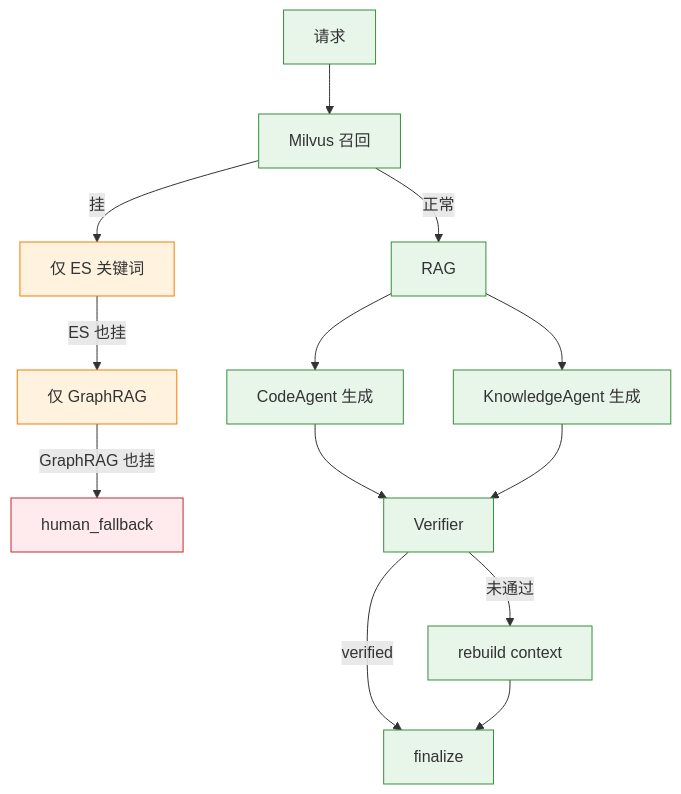
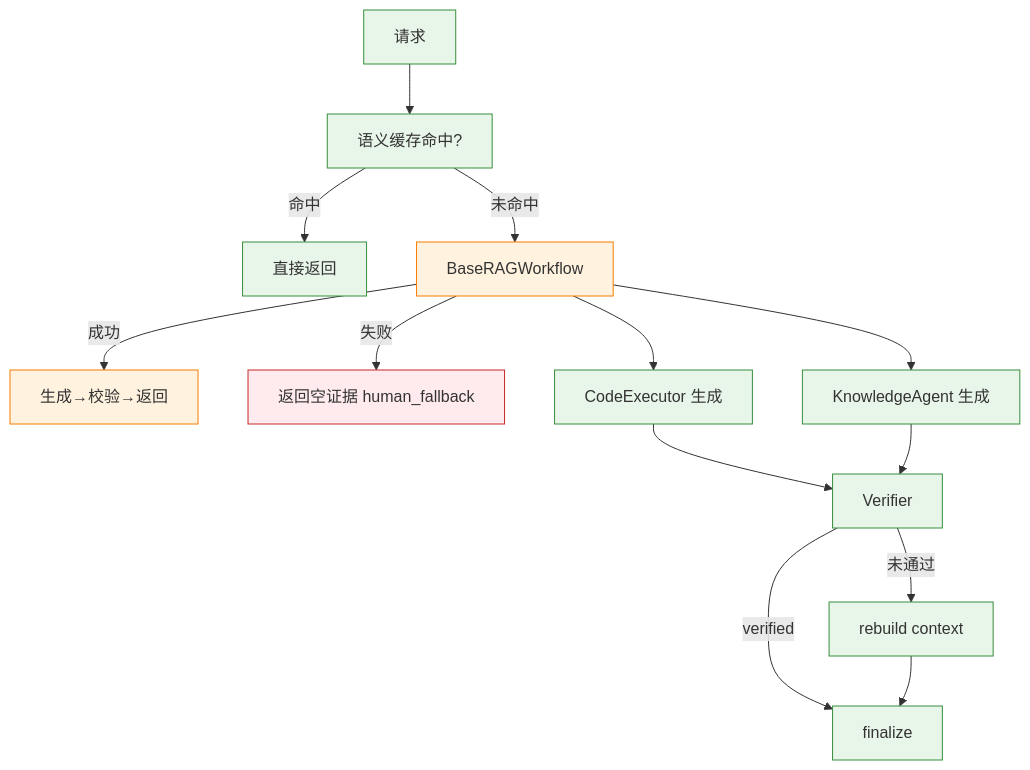
Before and after one commit to jackone666/enterprise_agentic_rag: the third of 3 diagrams in technical_deep_dive/09-交付部署测试与稳定性.md, drawn with Mermaid. The commit also changed other lines of this file and 13 other files, not shown here.

````diff
--- a/technical_deep_dive/09-交付部署测试与稳定性.md
+++ b/technical_deep_dive/09-交付部署测试与稳定性.md
@@ -1189,22 +1160,22 @@
 ```mermaid
 graph TB
-    A[请求] --> B[Milvus 召回]
-    B -->|正常| C[RAG]
-    B -->|挂| D[仅 ES 关键词]
-    D -->|ES 也挂| E[仅 GraphRAG]
-    E -->|GraphRAG 也挂| F[human_fallback]
+    A[请求] --> B[语义缓存命中?]
+    B -->|命中| C[直接返回]
+    B -->|未命中| D[BaseRAGWorkflow]
+    D -->|成功| E[生成→校验→返回]
+    D -->|失败| F[返回空证据 human_fallback]
 
-    C --> G[CodeAgent 生成]
-    C --> H[KnowledgeAgent 生成]
+    D --> G[CodeExecutor 生成]
+    D --> H[KnowledgeAgent 生成]
     G & H --> I[Verifier]
     I -->|verified| J[finalize]
     I -->|未通过| K[rebuild context]
     K --> J
 
     classDef ok fill:#E8F5E9,stroke:#388E3C
     classDef degraded fill:#FFF3E0,stroke:#F57C00
     classDef fallback fill:#FFEBEE,stroke:#C62828
     class A,B,C,G,H,I,J,K ok
     class D,E degraded
     class F fallback
 ```
````
